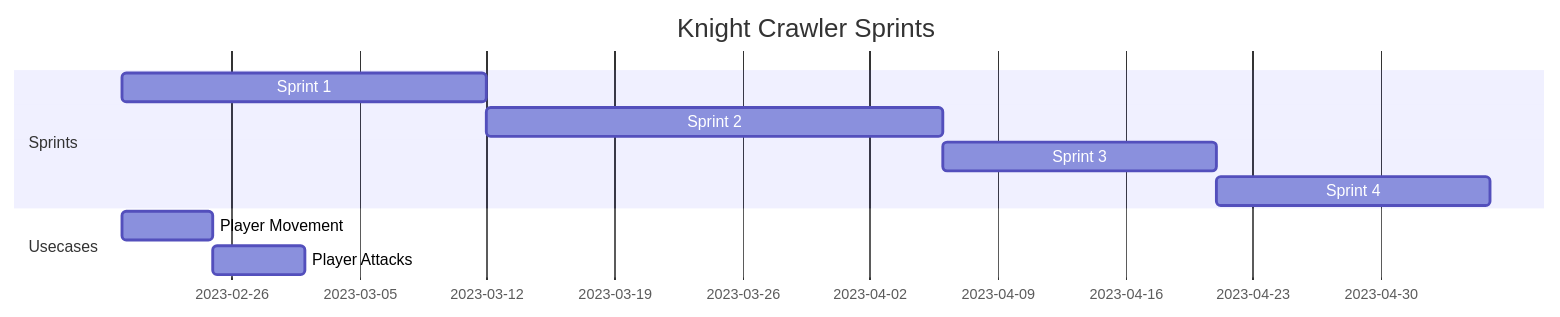
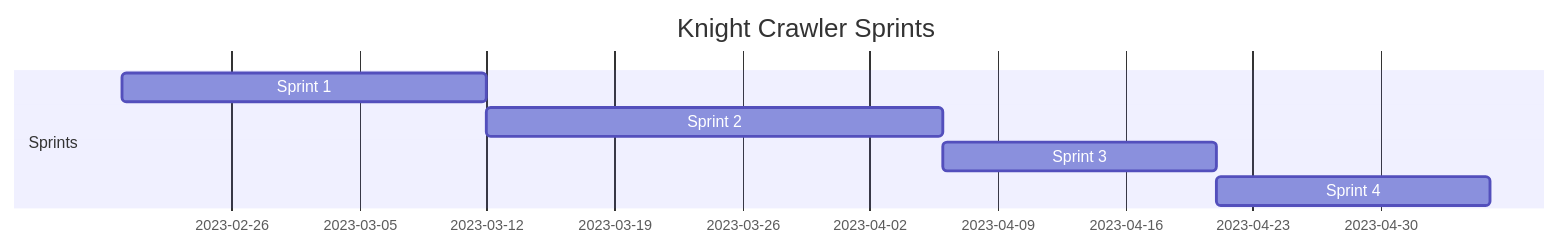
One commit to PausedMagician/Knight-Crawler changed the first of 5 diagrams in README.md. Above: the diagram before and after it, drawn with Mermaid.

````diff
--- a/README.md
+++ b/README.md
@@ -3,17 +3,11 @@
 ```mermaid
 gantt
     dateFormat  DD-MM-YYYY
     title       Knight Crawler Sprints
 
     section Sprints
     Sprint 1                    :           sp1, 2023-02-20, 20d
     Sprint 2                    :           sp2, after sp1, 25d
     Sprint 3                    :           sp3, after sp2, 15d
-    Sprint 4                    :           sp4, after sp3, 15d
-
-    section Usecases
-    Player Movement             :           PM, 2023-02-20, 5d
-    Player Attacks              :           PA, after PM, 5d
-
-    
+    Sprint 4                    :           sp4, after sp3, 15d    
 ```
````
